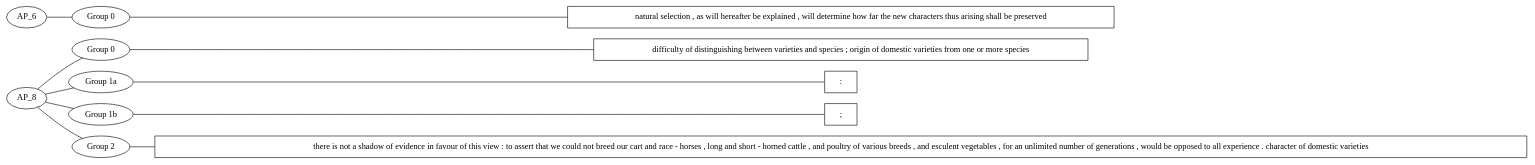
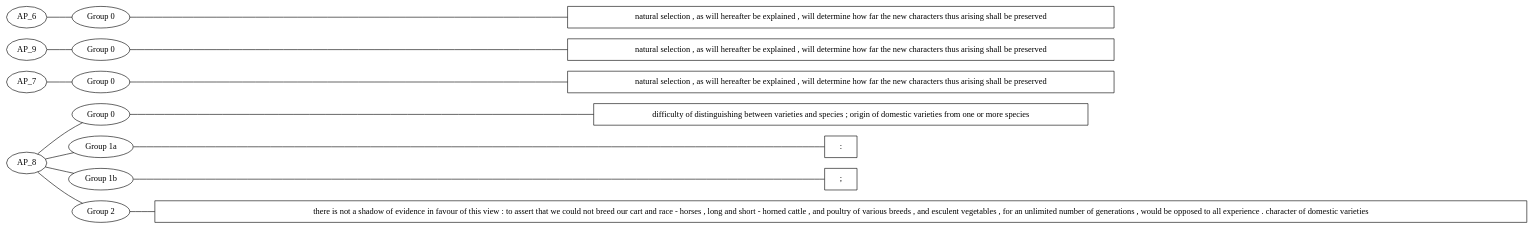
The diagram in src/main/outputs/hypergraph.dot (djbpitt/scala-graphing-sandbox), drawn with Graphviz before and after one commit. The commit also changed 1 other file, not shown here.

```diff
--- a/src/main/outputs/hypergraph.dot
+++ b/src/main/outputs/hypergraph.dot
@@ -1,23 +1,31 @@
 graph MyGraph {
 rankdir = LR
 "AP_8_2_reading" [shape=box label="there is not a shadow of evidence in favour of this view : to assert that we could not breed our cart and race - horses , long and short - horned cattle , and poultry of various breeds , and esculent vegetables , for an unlimited number of generations , would be opposed to all experience . character of domestic varieties "]
 "AP_8_1b_reading" [shape=box label="; "]
 "AP_8_1a_reading" [shape=box label=": "]
 "AP_8_0_reading" [shape=box label="difficulty of distinguishing between varieties and species ; origin of domestic varieties from one or more species "]
 "AP_8_0" [label="Group 0"]
 "AP_8_1a" [label="Group 1a"]
 "AP_8_1b" [label="Group 1b"]
 "AP_8_2" [label="Group 2"]
 "AP_8_2" -- "AP_8_2_reading"
 "AP_8_1b" -- "AP_8_1b_reading"
 "AP_8_1a" -- "AP_8_1a_reading"
 "AP_8_0" -- "AP_8_0_reading"
 AP_8 -- "AP_8_2"
 AP_8 -- "AP_8_1b"
 AP_8 -- "AP_8_1a"
 AP_8 -- "AP_8_0"
+"AP_7_0_reading" [shape=box label="natural selection , as will hereafter be explained , will determine how far the new characters thus arising shall be preserved "]
+"AP_7_0" [label="Group 0"]
+"AP_7_0" -- "AP_7_0_reading"
+AP_7 -- "AP_7_0"
+"AP_9_0_reading" [shape=box label="natural selection , as will hereafter be explained , will determine how far the new characters thus arising shall be preserved "]
+"AP_9_0" [label="Group 0"]
+"AP_9_0" -- "AP_9_0_reading"
+AP_9 -- "AP_9_0"
 "AP_6_0_reading" [shape=box label="natural selection , as will hereafter be explained , will determine how far the new characters thus arising shall be preserved "]
 "AP_6_0" [label="Group 0"]
 "AP_6_0" -- "AP_6_0_reading"
 AP_6 -- "AP_6_0"
 }
```
